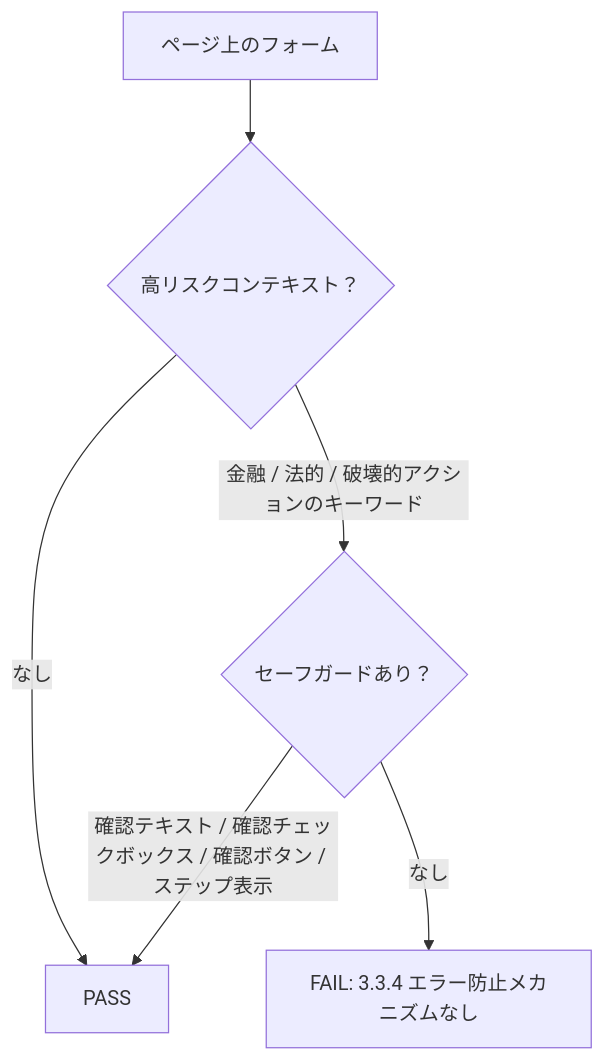
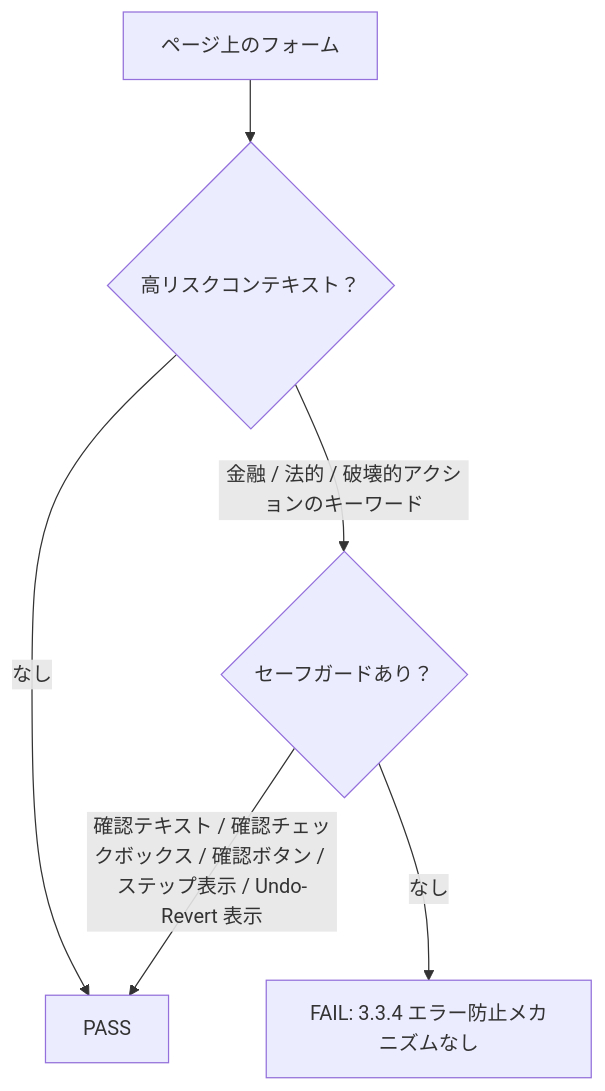
Diagram 22 of 26 in ka11y-docs/internals/node-rules-flow-analysis-ja.mdx (Sanjaypranavbc/ka11y), drawn with Mermaid before and after one commit. The commit also changed other lines of this file and 3 other files, not shown here.

````diff
--- a/ka11y-docs/internals/node-rules-flow-analysis-ja.mdx
+++ b/ka11y-docs/internals/node-rules-flow-analysis-ja.mdx
@@ -732,8 +739,8 @@
 ```mermaid
 flowchart TD
     FORM["ページ上のフォーム"] --> RISK{"高リスクコンテキスト？"}
     RISK -- "金融 / 法的 / 破壊的アクションのキーワード" --> SAFE{"セーフガードあり？"}
     RISK -- "なし" --> PASS["PASS"]
-    SAFE -- "確認テキスト / 確認チェックボックス / 確認ボタン / ステップ表示" --> PASS
+    SAFE -- "確認テキスト / 確認チェックボックス / 確認ボタン / ステップ表示 / Undo-Revert 表示" --> PASS
     SAFE -- "なし" --> FAIL["FAIL: 3.3.4 エラー防止メカニズムなし"]
 ```
````
